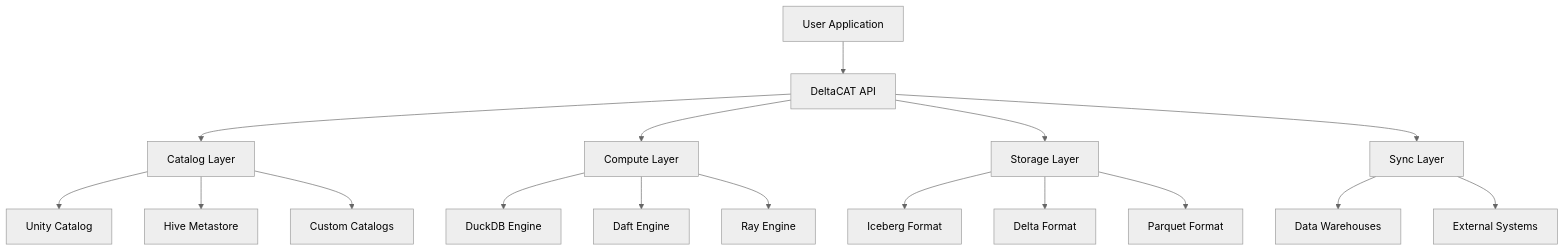
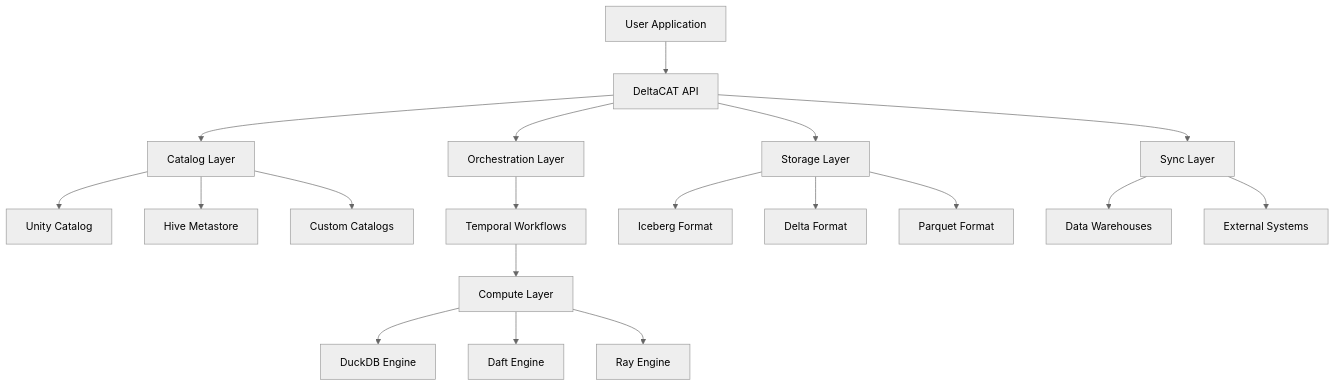
The diagram in documentation/concepts/overview.mdx (mikeyasaservice/deltacat), drawn with Mermaid (neutral theme) before and after one commit. The commit also changed other lines of this file and 236 other files, not shown here.

````diff
--- a/documentation/concepts/overview.mdx
+++ b/documentation/concepts/overview.mdx
@@ -12,23 +12,26 @@
 ```mermaid
 graph TD
     A[User Application] --> B[DeltaCAT API]
     B --> C[Catalog Layer]
-    B --> D[Compute Layer]
+    B --> D[Orchestration Layer]
     B --> E[Storage Layer]
     B --> F[Sync Layer]
     
     C --> G[Unity Catalog]
     C --> H[Hive Metastore]
     C --> I[Custom Catalogs]
     
-    D --> J[DuckDB Engine]
-    D --> K[Daft Engine]
-    D --> L[Ray Engine]
+    D --> J[Temporal Workflows]
+    J --> K[Compute Layer]
     
-    E --> M[Iceberg Format]
-    E --> N[Delta Format]
-    E --> O[Parquet Format]
+    K --> L[DuckDB Engine]
+    K --> M[Daft Engine]
+    K --> N[Ray Engine]
     
-    F --> P[Data Warehouses]
-    F --> Q[External Systems]
+    E --> O[Iceberg Format]
+    E --> P[Delta Format]
+    E --> Q[Parquet Format]
+    
+    F --> R[Data Warehouses]
+    F --> S[External Systems]
 ```
````
